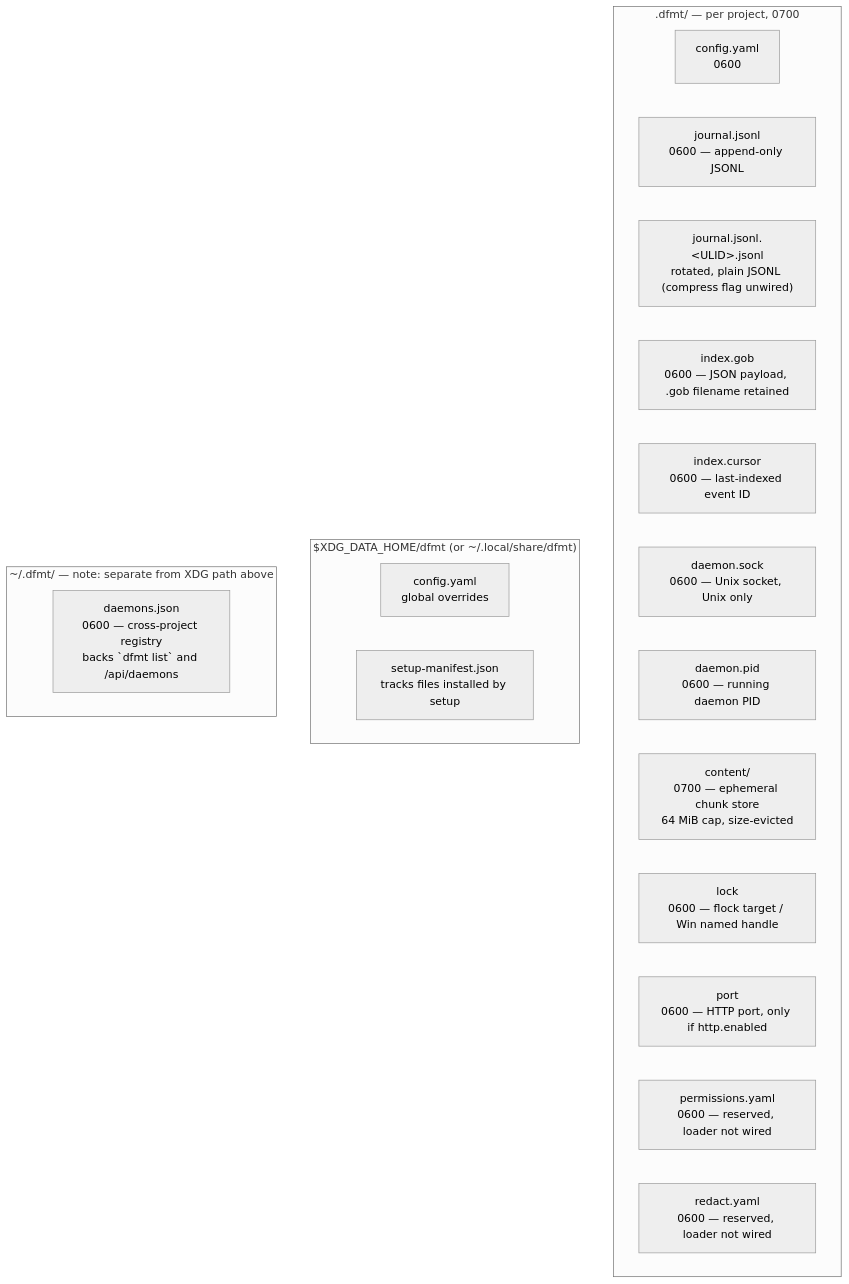
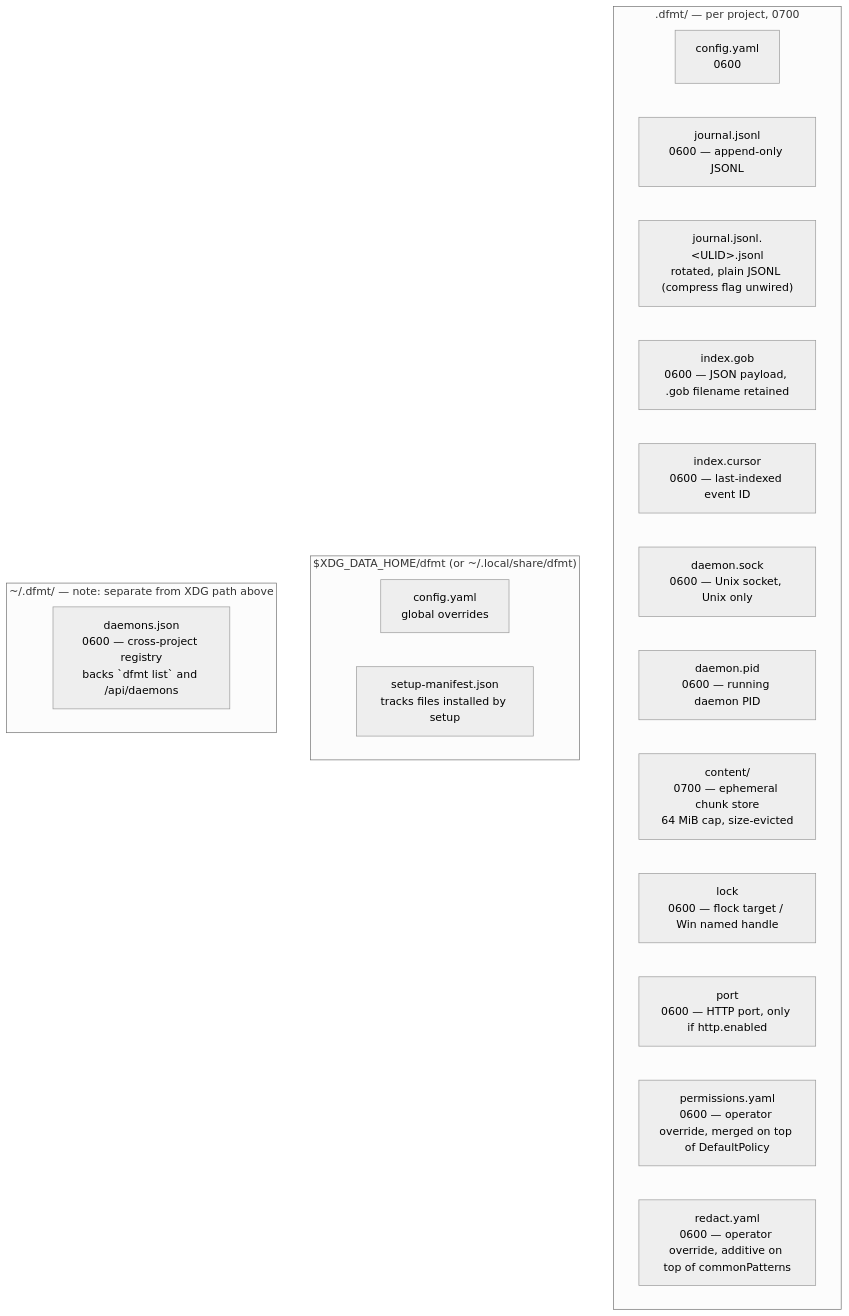
Before and after one commit to ersinkoc/dfmt: diagram 29 of 33 in docs/ARCHITECTURE.md, drawn with Mermaid (neutral theme). The commit also changed other lines of this file and 4 other files, not shown here.

````diff
--- a/docs/ARCHITECTURE.md
+++ b/docs/ARCHITECTURE.md
@@ -2667,26 +2675,26 @@
 ```mermaid
 flowchart TB
     subgraph Project[".dfmt/  — per project, 0700"]
         C[config.yaml<br/>0600]
         J[journal.jsonl<br/>0600 — append-only JSONL]
         Jr["journal.jsonl.&lt;ULID&gt;.jsonl<br/>rotated, plain JSONL (compress flag unwired)"]
         I[index.gob<br/>0600 — JSON payload, .gob filename retained]
         Ic[index.cursor<br/>0600 — last-indexed event ID]
         Sk[daemon.sock<br/>0600 — Unix socket, Unix only]
         Pid[daemon.pid<br/>0600 — running daemon PID]
         Cont["content/<br/>0700 — ephemeral chunk store<br/>64 MiB cap, size-evicted"]
         L[lock<br/>0600 — flock target / Win named handle]
         P[port<br/>0600 — HTTP port, only if http.enabled]
-        Ph["permissions.yaml<br/>0600 — reserved, loader not wired"]
-        R["redact.yaml<br/>0600 — reserved, loader not wired"]
+        Ph["permissions.yaml<br/>0600 — operator override, merged on top of DefaultPolicy"]
+        R["redact.yaml<br/>0600 — operator override, additive on top of commonPatterns"]
     end
 
     subgraph UserXDG["$XDG_DATA_HOME/dfmt (or ~/.local/share/dfmt)"]
         Gc[config.yaml<br/>global overrides]
         M[setup-manifest.json<br/>tracks files installed by setup]
     end
 
     subgraph UserHome["~/.dfmt/  — note: separate from XDG path above"]
         Reg[daemons.json<br/>0600 — cross-project registry<br/>backs `dfmt list` and /api/daemons]
     end
 ```
````
